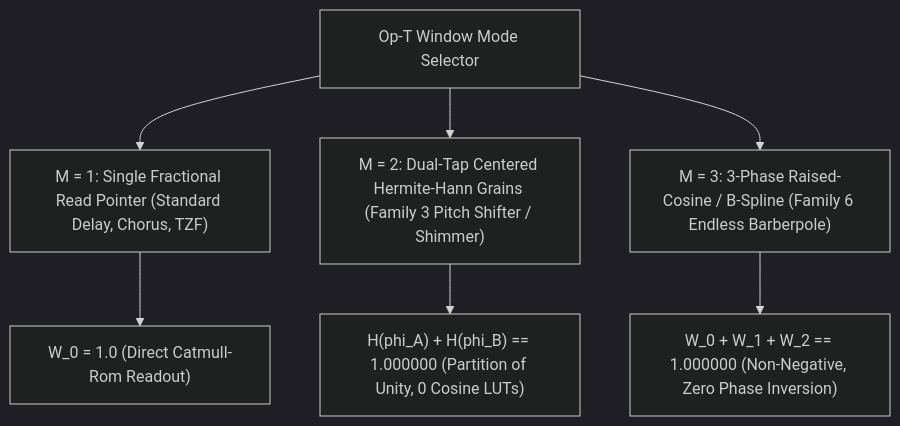
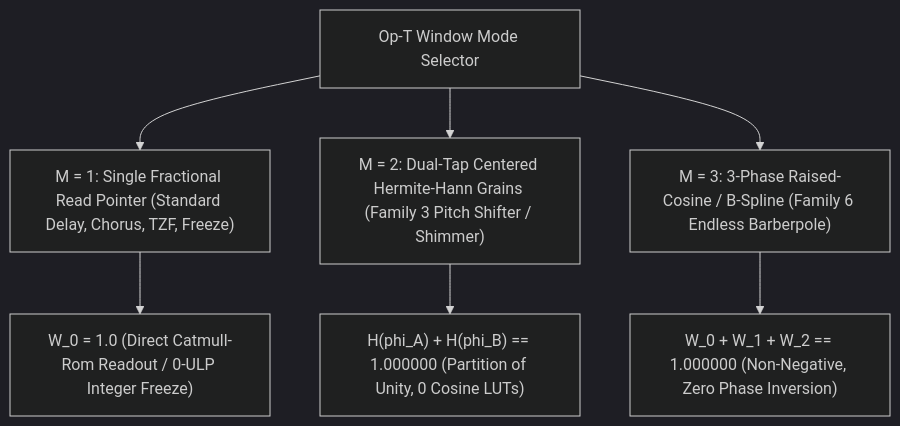
One commit to mokugen/dnam changed the diagram in docs/specs/dsp/op_t_transport.md. Above: the diagram before and after it, drawn with Mermaid (dark theme). The commit also changed other lines of this file and 99 other files, not shown here.

Commit message:
docs(specs): cut over canonical architecture and v3.0 specs to SONA + WebGPU

````diff
--- a/docs/specs/dsp/op_t_transport.md
+++ b/docs/specs/dsp/op_t_transport.md
@@ -109,10 +114,10 @@
 ```mermaid
 flowchart TD
-    Mode["Op-T Window Mode Selector"] --> M1["M = 1: Single Fractional Read Pointer (Standard Delay, Chorus, TZF)"]
+    Mode["Op-T Window Mode Selector"] --> M1["M = 1: Single Fractional Read Pointer (Standard Delay, Chorus, TZF, Freeze)"]
     Mode --> M2["M = 2: Dual-Tap Centered Hermite-Hann Grains (Family 3 Pitch Shifter / Shimmer)"]
     Mode --> M3["M = 3: 3-Phase Raised-Cosine / B-Spline (Family 6 Endless Barberpole)"]
 
-    M1 --> O1["W_0 = 1.0 (Direct Catmull-Rom Readout)"]
+    M1 --> O1["W_0 = 1.0 (Direct Catmull-Rom Readout / 0-ULP Integer Freeze)"]
     M2 --> O2["H(phi_A) + H(phi_B) == 1.000000 (Partition of Unity, 0 Cosine LUTs)"]
     M3 --> O3["W_0 + W_1 + W_2 == 1.000000 (Non-Negative, Zero Phase Inversion)"]
 ```
````
